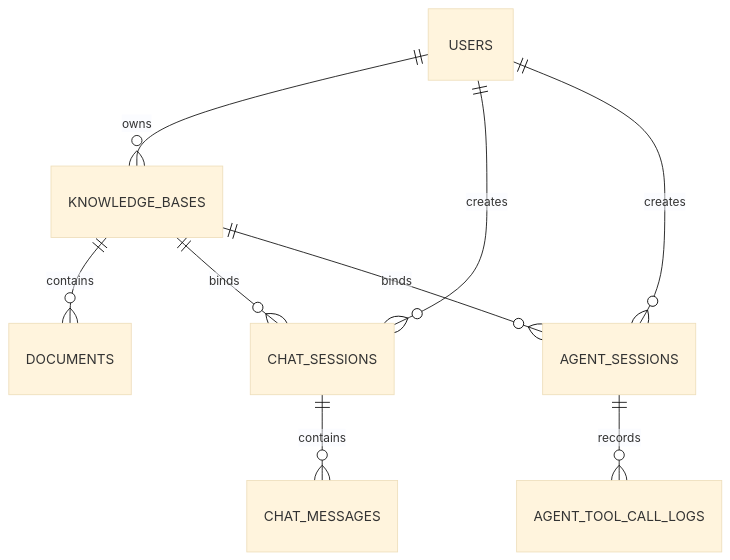
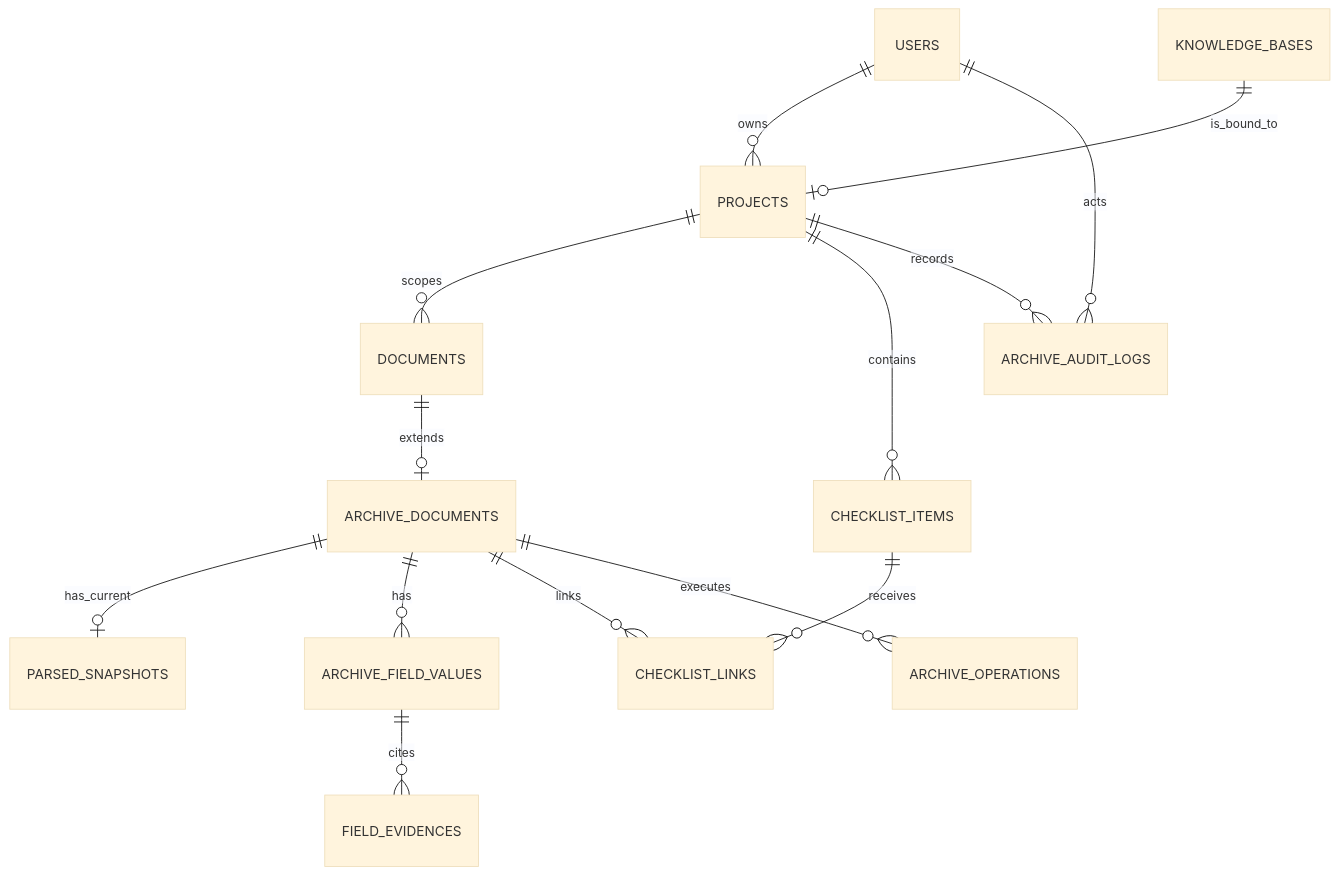
Before and after one commit to yabuki-jou/mini-rag-milvus: the diagram in docs/database-design.md, drawn with Mermaid (base theme). The commit also changed other lines of this file and 70 other files, not shown here.

````diff
--- a/docs/database-design.md
+++ b/docs/database-design.md
@@ -17,11 +70,16 @@
 ```mermaid
 erDiagram
-    USERS ||--o{ KNOWLEDGE_BASES : owns
-    KNOWLEDGE_BASES ||--o{ DOCUMENTS : contains
-    USERS ||--o{ CHAT_SESSIONS : creates
-    KNOWLEDGE_BASES ||--o{ CHAT_SESSIONS : binds
-    CHAT_SESSIONS ||--o{ CHAT_MESSAGES : contains
-    USERS ||--o{ AGENT_SESSIONS : creates
-    KNOWLEDGE_BASES ||--o{ AGENT_SESSIONS : binds
-    AGENT_SESSIONS ||--o{ AGENT_TOOL_CALL_LOGS : records
+    USERS ||--o{ PROJECTS : owns
+    KNOWLEDGE_BASES ||--o| PROJECTS : is_bound_to
+    PROJECTS ||--o{ DOCUMENTS : scopes
+    DOCUMENTS ||--o| ARCHIVE_DOCUMENTS : extends
+    ARCHIVE_DOCUMENTS ||--o| PARSED_SNAPSHOTS : has_current
+    ARCHIVE_DOCUMENTS ||--o{ ARCHIVE_FIELD_VALUES : has
+    ARCHIVE_FIELD_VALUES ||--o{ FIELD_EVIDENCES : cites
+    PROJECTS ||--o{ CHECKLIST_ITEMS : contains
+    ARCHIVE_DOCUMENTS ||--o{ CHECKLIST_LINKS : links
+    CHECKLIST_ITEMS ||--o{ CHECKLIST_LINKS : receives
+    ARCHIVE_DOCUMENTS ||--o{ ARCHIVE_OPERATIONS : executes
+    PROJECTS ||--o{ ARCHIVE_AUDIT_LOGS : records
+    USERS ||--o{ ARCHIVE_AUDIT_LOGS : acts
 ```
````
